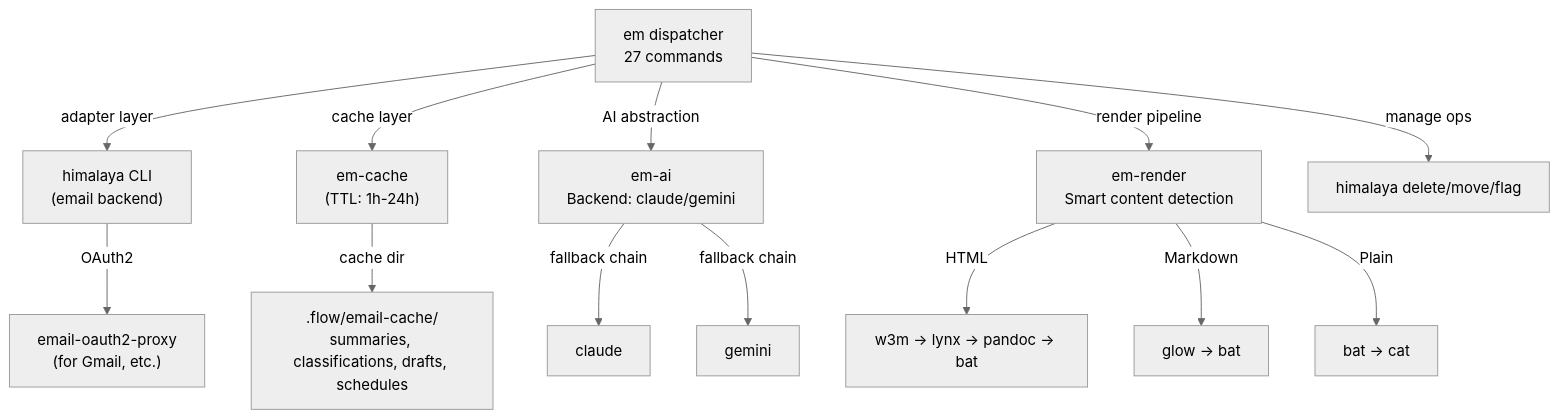
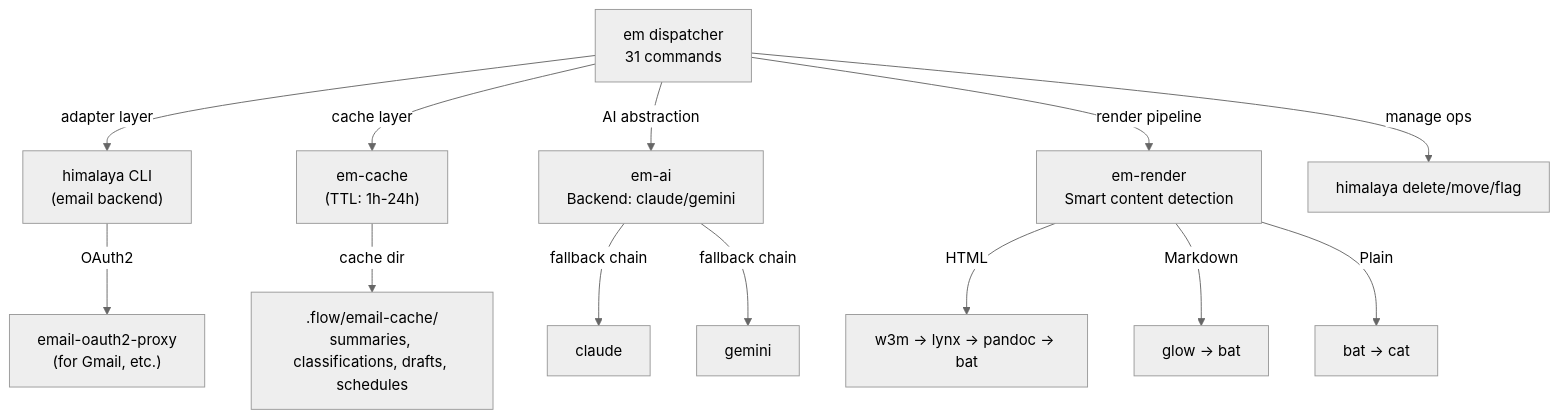
One commit to Data-Wise/flow-cli changed the second of 2 diagrams in docs/reference/REFCARD-EMAIL-DISPATCHER.md. Above: the diagram before and after it, drawn with Mermaid (neutral theme). The commit also changed other lines of this file and 8 other files, not shown here.

````diff
--- a/docs/reference/REFCARD-EMAIL-DISPATCHER.md
+++ b/docs/reference/REFCARD-EMAIL-DISPATCHER.md
@@ -125,15 +125,15 @@
 ```mermaid
 graph TD
-    A["em dispatcher<br/>27 commands"] -->|adapter layer| B["himalaya CLI<br/>(email backend)"]
+    A["em dispatcher<br/>31 commands"] -->|adapter layer| B["himalaya CLI<br/>(email backend)"]
     A -->|cache layer| C["em-cache<br/>(TTL: 1h-24h)"]
     A -->|AI abstraction| D["em-ai<br/>Backend: claude/gemini"]
     A -->|render pipeline| E["em-render<br/>Smart content detection"]
     A -->|manage ops| F["himalaya delete/move/flag"]
     D -->|fallback chain| D1["claude"]
     D -->|fallback chain| D2["gemini"]
     E -->|HTML| E1["w3m → lynx → pandoc → bat"]
     E -->|Markdown| E2["glow → bat"]
     E -->|Plain| E3["bat → cat"]
     B -->|OAuth2| B1["email-oauth2-proxy<br/>(for Gmail, etc.)"]
     C -->|cache dir| C1[".flow/email-cache/<br/>summaries, classifications, drafts, schedules"]
 ```
````
